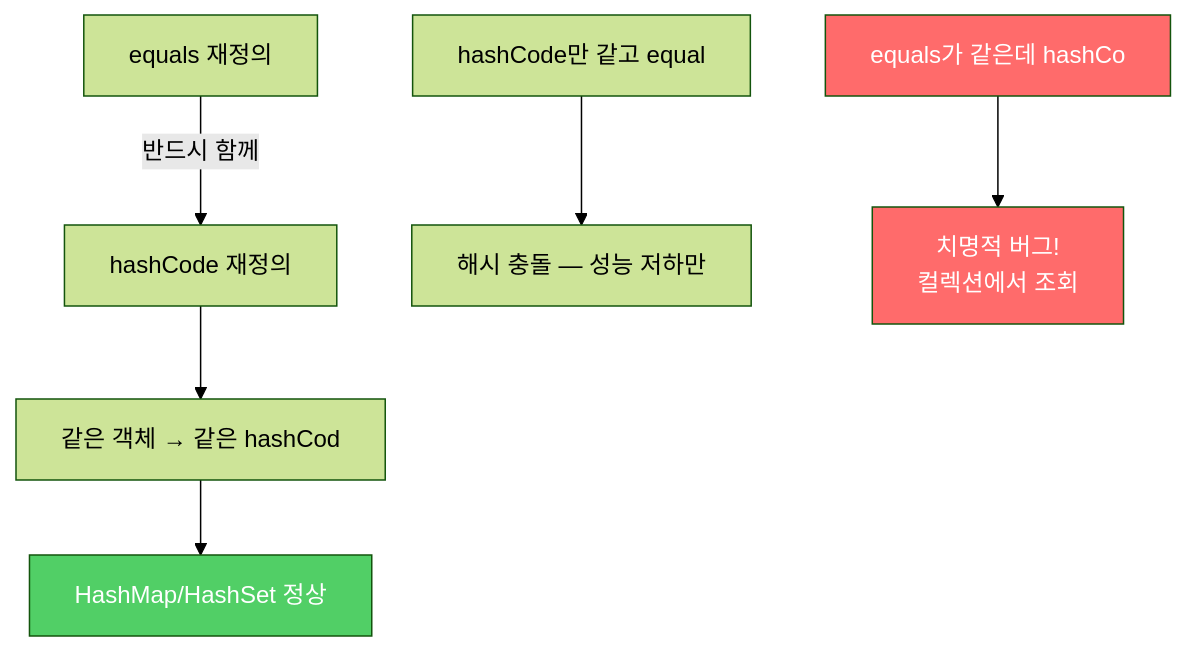
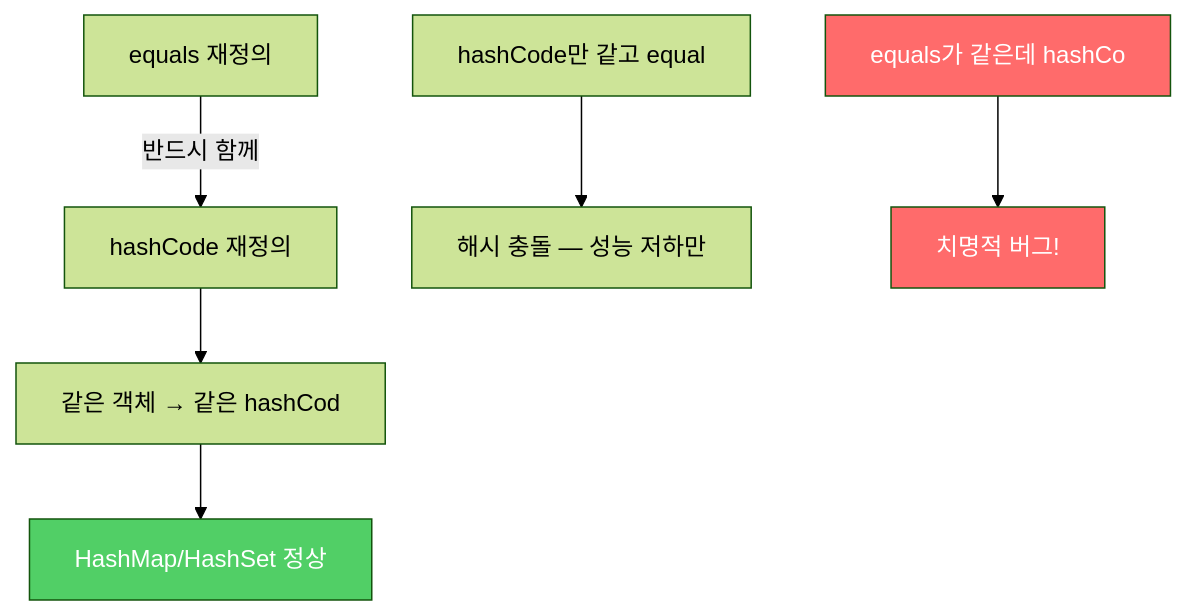
One commit to yjkim2015/yjkim2015.github.io changed the fourth of 4 diagrams in _posts/java/2021-12-27-effective-java11.md. Above: the diagram before and after it, drawn with Mermaid (forest theme). The commit also changed other lines of this file and 217 other files, not shown here.

First line of the commit message:
Mermaid 크기 수정: useMaxWidth:true + SVG max-width:100% + 라벨 축소

````diff
--- a/_posts/java/2021-12-27-effective-java11.md
+++ b/_posts/java/2021-12-27-effective-java11.md
@@ -197,11 +197,11 @@
 ```mermaid
 graph TD
     A["equals 재정의"] -->|"반드시 함께"| B["hashCode 재정의"]
     B --> C["같은 객체 → 같은 hashCod"]
     C --> D["HashMap/HashSet 정상"]
     E["hashCode만 같고 equal"] --> F["해시 충돌 — 성능 저하만"]
-    G["equals가 같은데 hashCo"] --> H["치명적 버그!\n컬렉션에서 조회"]
+    G["equals가 같은데 hashCo"] --> H["치명적 버그!"]
     style G fill:#ff6b6b,color:#fff
     style H fill:#ff6b6b,color:#fff
     style D fill:#51cf66,color:#fff
 ```
````
